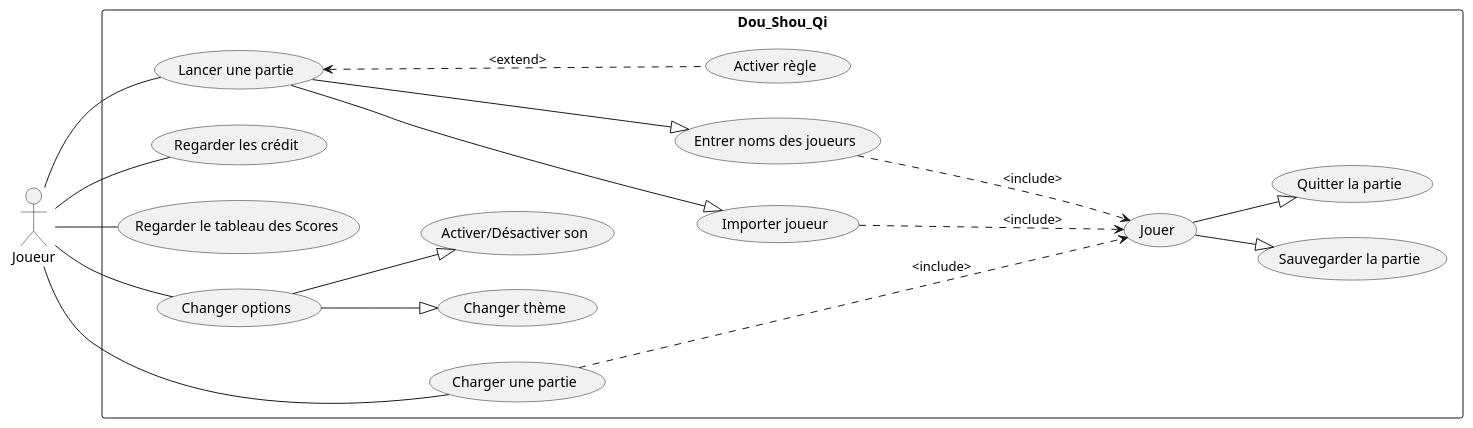
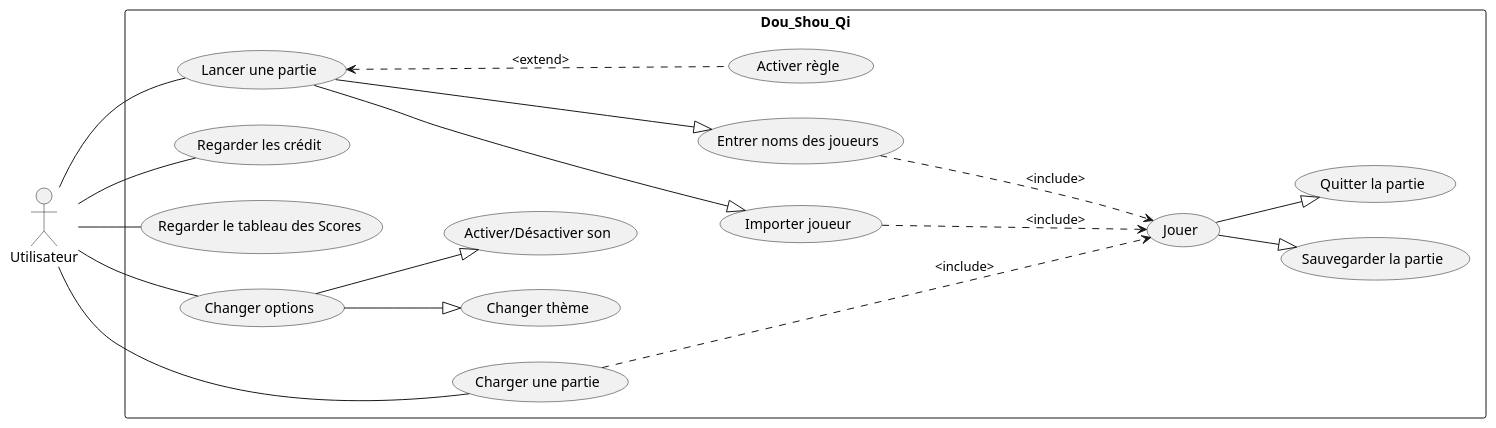
One commit to Pepit0404/DouShouQi changed the diagram in docs/use_cases.md. Above: the diagram before and after it, drawn with PlantUML. The commit also changed other lines of this file, not shown here.

````diff
--- a/docs/use_cases.md
+++ b/docs/use_cases.md
@@ -3,37 +3,37 @@
 ``` plantuml
 @startuml
 left to right direction
-actor "Joueur" as j
+actor "Utilisateur" as j
 rectangle Dou_Shou_Qi{
   usecase "Lancer une partie" as UC1
   usecase "Charger une partie" as UC2
   usecase "Regarder les crédit" as UC3
   usecase "Regarder le tableau des Scores" as UC4
   usecase "Changer options" as UC8
   usecase "Activer/Désactiver son" as UC9
   usecase "Changer thème" as UC10
   usecase "Entrer noms des joueurs" as UC5
   usecase "Activer règle" as UC6
   usecase "Jouer" as UC7
   usecase "Importer joueur" as UC11
   usecase "Sauvegarder la partie" as UC12
   usecase "Quitter la partie" as UC13
   
 }
 j-- UC1
 j-- UC2
 j-- UC3
 j-- UC4
 j-- UC8
 UC1 ---|> UC5 
 UC1 ---|> UC11 
 UC1 <... UC6 : <extend>
 UC5 ...> UC7 : <include>
 UC2 ....> UC7 : <include>
 UC11 ...> UC7 : <include>
 UC8 --|> UC9 
 UC8 --|> UC10
 UC7 --|> UC12
 UC7 --|> UC13
 @enduml
 ```
````
